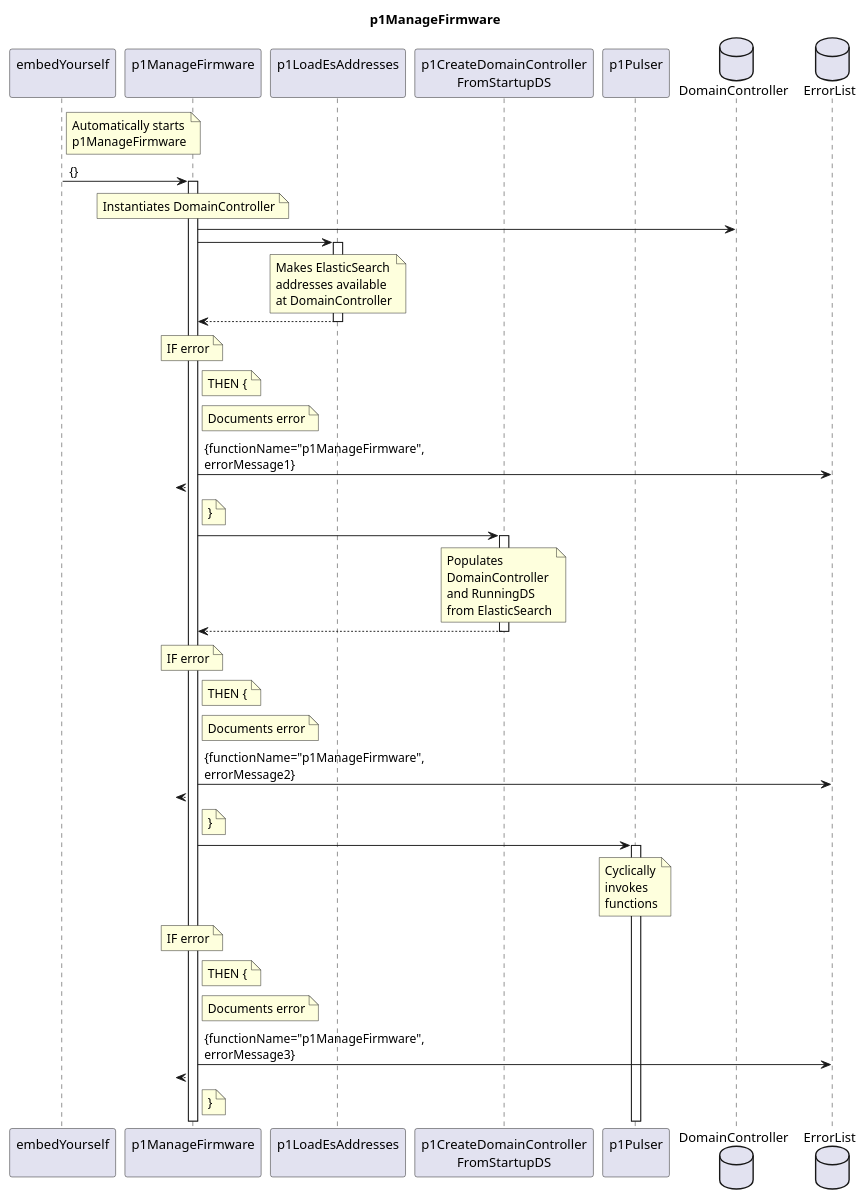
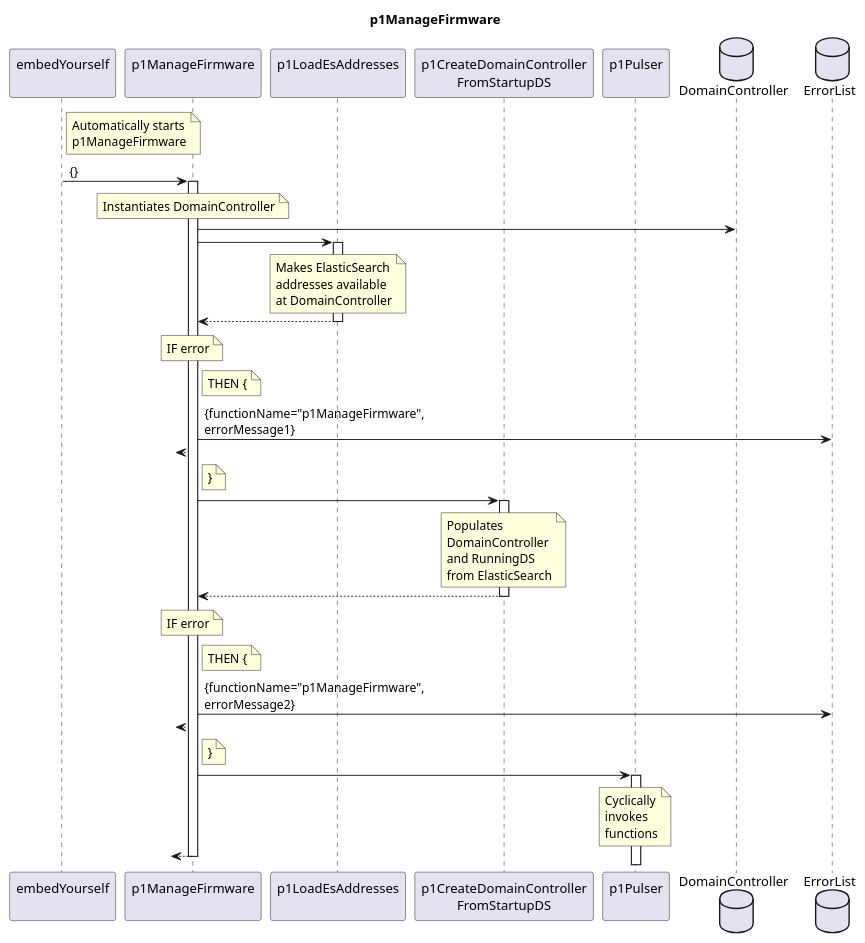
The diagram in spec/Functions/Administrative/p1ManageFirmware/1.0.0/p1ManageFirmware.plantuml (openBackhaul/FirmWareManager), drawn with PlantUML before and after one commit. The commit also changed 32 other files, not shown here.

Commit message:
Finalize sequence diagram of InterpretationFunctions

```diff
--- a/spec/Functions/Administrative/p1ManageFirmware/1.0.0/p1ManageFirmware.plantuml
+++ b/spec/Functions/Administrative/p1ManageFirmware/1.0.0/p1ManageFirmware.plantuml
@@ -1,99 +1,82 @@
 @startuml p1ManageFirmware
 skinparam responseMessageBelowArrow true
 
 title
   p1ManageFirmware
 end title
 
 participant "embedYourself\n" as embed
 participant "p1ManageFirmware\n" as p1ManaFw
 participant "p1LoadEsAddresses\n" as p1LEA
 participant "p1CreateDomainController\nFromStartupDS" as p1CDCFS
 participant "p1Pulser\n" as p1Puls
 database "DomainController" as DC
 database "ErrorList" as hEL
 
 note right embed
   Automatically starts
   p1ManageFirmware
 end note
 embed -> p1ManaFw : {}
 activate p1ManaFw
 
   note over p1ManaFw
     Instantiates DomainController
   end note
   p1ManaFw -> DC
 
   p1ManaFw -> p1LEA
   activate p1LEA
     note over p1LEA
       Makes ElasticSearch
       addresses available
       at DomainController
     end note
   p1ManaFw <-- p1LEA
   deactivate p1LEA
   note over p1ManaFw
     IF error
   end note
   note right p1ManaFw
     THEN {
   end note
-  note right p1ManaFw
-    Documents error
-  end note
   p1ManaFw -> hEL: {functionName="p1ManageFirmware",\nerrorMessage1}
   ?<-- p1ManaFw
   note right p1ManaFw
     }
   end note
 
   p1ManaFw -> p1CDCFS
   activate p1CDCFS
     note over p1CDCFS
       Populates
       DomainController
       and RunningDS
       from ElasticSearch
     end note
   p1ManaFw <-- p1CDCFS
   deactivate p1CDCFS
   note over p1ManaFw
     IF error
   end note
   note right p1ManaFw
     THEN {
   end note
-  note right p1ManaFw
-    Documents error
-  end note
   p1ManaFw -> hEL: {functionName="p1ManageFirmware",\nerrorMessage2}
   ?<-- p1ManaFw
   note right p1ManaFw
     }
   end note
 
   p1ManaFw -> p1Puls
   activate p1Puls
     note over p1Puls
       Cyclically
       invokes
       functions
     end note
-  note over p1ManaFw
-    IF error
-  end note
-  note right p1ManaFw
-    THEN {
-  end note
-  note right p1ManaFw
-    Documents error
-  end note
-  p1ManaFw -> hEL: {functionName="p1ManageFirmware",\nerrorMessage3}
-  ?<-- p1ManaFw
-  note right p1ManaFw
-    }
-  end note
+
+?<-- p1ManaFw
+deactivate p1ManaFw
 
 @enduml
```
